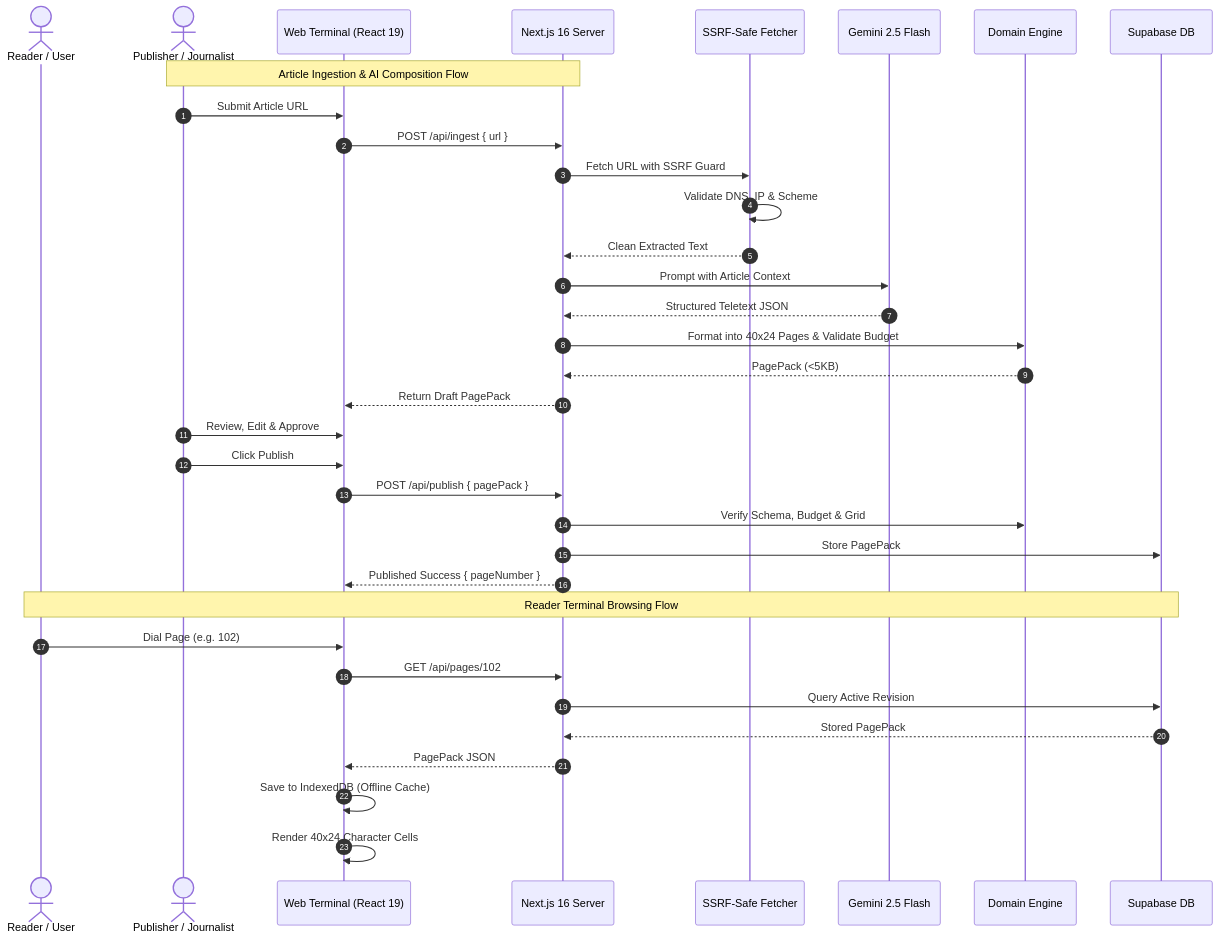
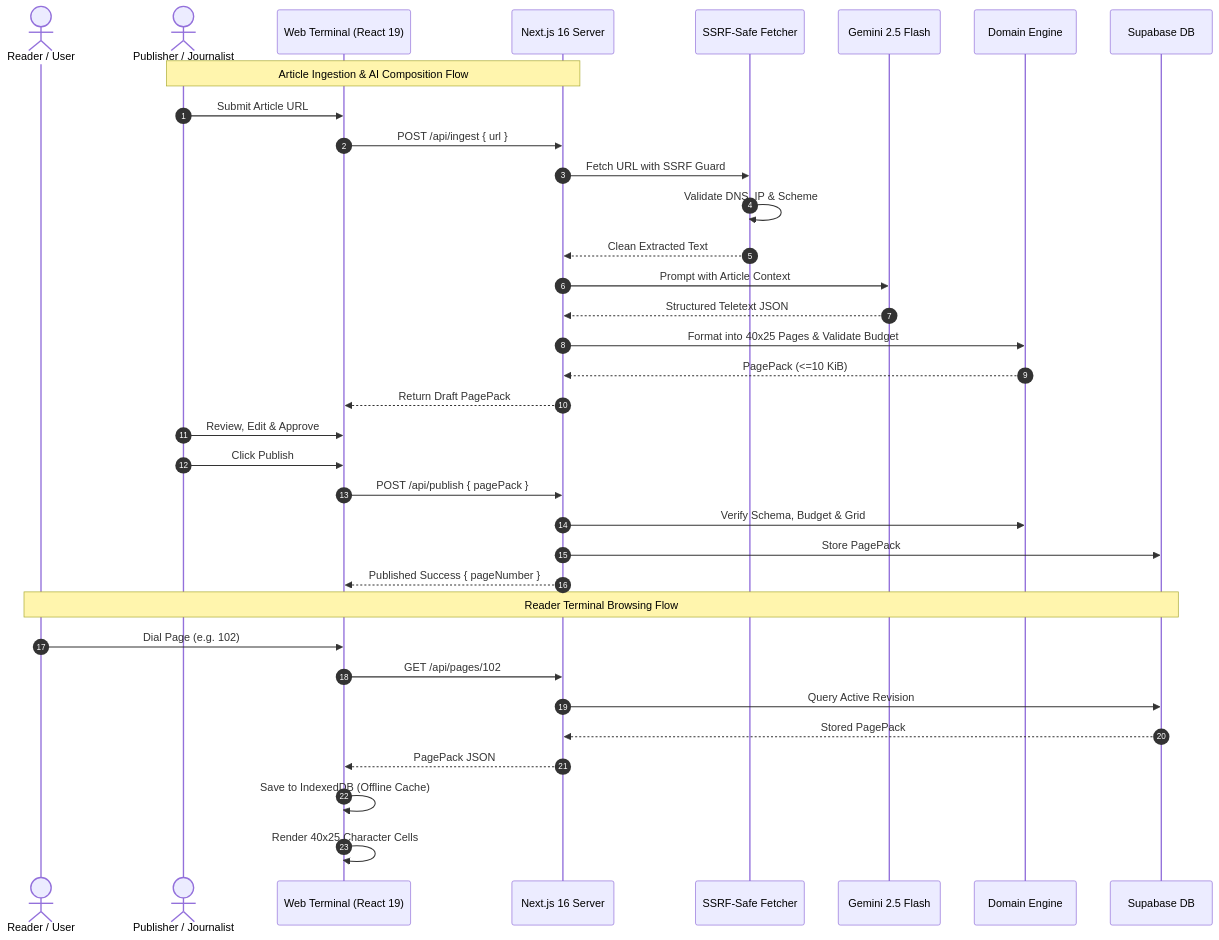
One commit to Atulyaam/PageCast changed the first of 2 diagrams in .kiro/specs/01-product-foundation/design.md. Above: the diagram before and after it, drawn with Mermaid. The commit also changed other lines of this file and 15 other files, not shown here.

````diff
--- a/.kiro/specs/01-product-foundation/design.md
+++ b/.kiro/specs/01-product-foundation/design.md
@@ -14,39 +14,39 @@
 ```mermaid
 sequenceDiagram
     autonumber
     actor Reader as Reader / User
     actor Publisher as Publisher / Journalist
     participant Client as Web Terminal (React 19)
     participant NextServer as Next.js 16 Server
     participant Fetcher as SSRF-Safe Fetcher
     participant Gemini as Gemini 2.5 Flash
     participant Domain as Domain Engine
     participant DB as Supabase DB
 
     Note over Publisher,NextServer: Article Ingestion & AI Composition Flow
     Publisher->>Client: Submit Article URL
     Client->>NextServer: POST /api/ingest { url }
     NextServer->>Fetcher: Fetch URL with SSRF Guard
     Fetcher->>Fetcher: Validate DNS, IP & Scheme
     Fetcher-->>NextServer: Clean Extracted Text
     NextServer->>Gemini: Prompt with Article Context
     Gemini-->>NextServer: Structured Teletext JSON
-    NextServer->>Domain: Format into 40x24 Pages & Validate Budget
-    Domain-->>NextServer: PagePack (<5KB)
+    NextServer->>Domain: Format into 40x25 Pages & Validate Budget
+    Domain-->>NextServer: PagePack (<=10 KiB)
     NextServer-->>Client: Return Draft PagePack
     Publisher->>Client: Review, Edit & Approve
     Publisher->>Client: Click Publish
     Client->>NextServer: POST /api/publish { pagePack }
     NextServer->>Domain: Verify Schema, Budget & Grid
     NextServer->>DB: Store PagePack
     NextServer-->>Client: Published Success { pageNumber }
 
     Note over Reader,DB: Reader Terminal Browsing Flow
     Reader->>Client: Dial Page (e.g. 102)
     Client->>NextServer: GET /api/pages/102
     NextServer->>DB: Query Active Revision
     DB-->>NextServer: Stored PagePack
     NextServer-->>Client: PagePack JSON
     Client->>Client: Save to IndexedDB (Offline Cache)
-    Client->>Client: Render 40x24 Character Cells
+    Client->>Client: Render 40x25 Character Cells
 ```
````
